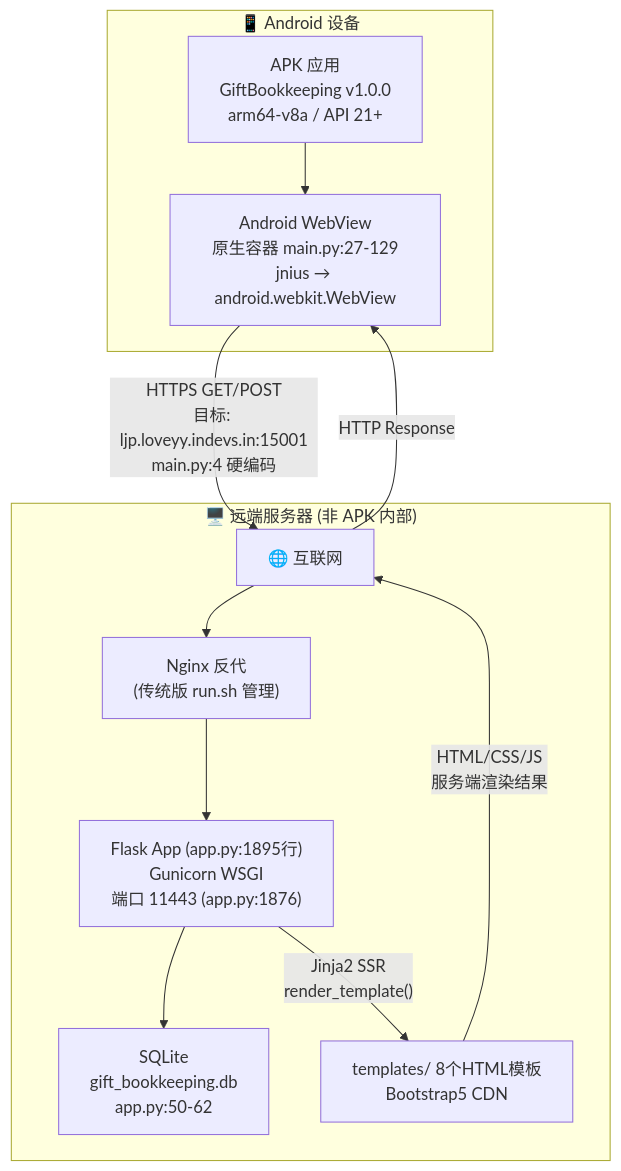
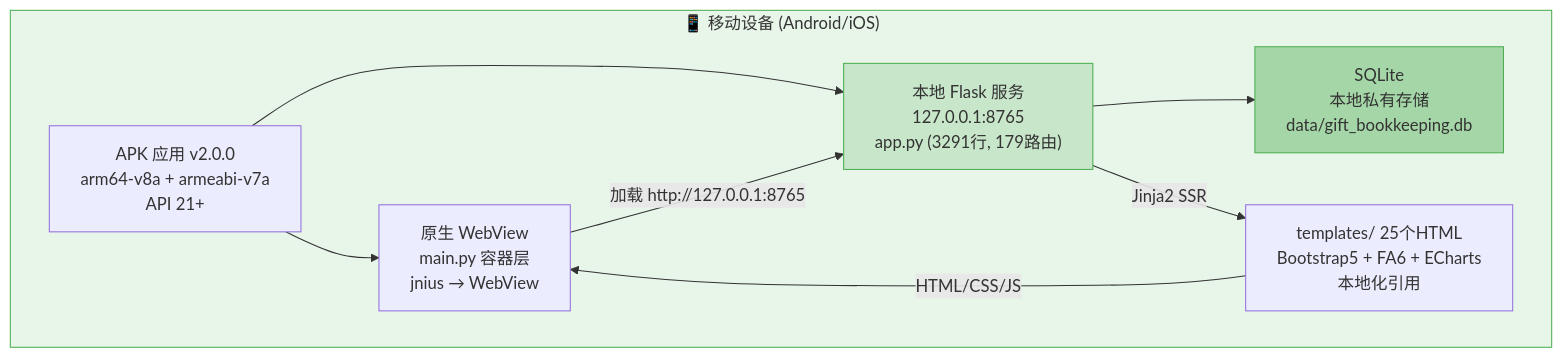
One commit to 18227370901/gift_bookkeeping_apk changed the first of 3 diagrams in PSD_Design_Document.md. Above: the diagram before and after it, drawn with Mermaid. The commit also changed other lines of this file and 62 other files, not shown here.

````diff
--- a/PSD_Design_Document.md
+++ b/PSD_Design_Document.md
@@ -78,17 +52,16 @@
 ```mermaid
 graph TB
-    subgraph device["📱 Android 设备"]
-        APK["APK 应用<br/>GiftBookkeeping v1.0.0<br/>arm64-v8a / API 21+"] --> WV["Android WebView<br/>原生容器 main.py:27-129<br/>jnius → android.webkit.WebView"]
+    subgraph device["📱 移动设备 (Android/iOS)"]
+        APK["APK 应用 v2.0.0<br/>arm64-v8a + armeabi-v7a<br/>API 21+"] --> WV["原生 WebView<br/>main.py 容器层<br/>jnius → WebView"]
+        APK --> FLASK_LOCAL["本地 Flask 服务<br/>127.0.0.1:8765<br/>app.py (3291行, 179路由)"]
+        FLASK_LOCAL --> DB_LOCAL["SQLite<br/>本地私有存储<br/>data/gift_bookkeeping.db"]
+        FLASK_LOCAL -->|"Jinja2 SSR"| TPL_LOCAL["templates/ 25个HTML<br/>Bootstrap5 + FA6 + ECharts<br/>本地化引用"]
     end
-    WV -->|"HTTPS GET/POST<br/>目标: ljp.loveyy.indevs.in:15001<br/>main.py:4 硬编码"| NET["🌐 互联网"]
+    
+    WV -->|"加载 http://127.0.0.1:8765"| FLASK_LOCAL
+    TPL_LOCAL -->|"HTML/CSS/JS"| WV
 
-    subgraph server["🖥️ 远端服务器 (非 APK 内部)"]
-        NET --> NGINX["Nginx 反代<br/>(传统版 run.sh 管理)"]
-        NGINX --> FLASK["Flask App (app.py:1895行)<br/>Gunicorn WSGI<br/>端口 11443 (app.py:1876)"]
-        FLASK --> DB["SQLite<br/>gift_bookkeeping.db<br/>app.py:50-62"]
-        FLASK -->|"Jinja2 SSR<br/>render_template()"| TPL["templates/ 8个HTML模板<br/>Bootstrap5 CDN"]
-    end
-
-    TPL -->|"HTML/CSS/JS<br/>服务端渲染结果"| NET
-    NET -->|"HTTP Response"| WV
+    style device fill:#e8f5e9,stroke:#4caf50
+    style FLASK_LOCAL fill:#c8e6c9,stroke:#4caf50
+    style DB_LOCAL fill:#a5d6a7,stroke:#4caf50
 ```
````
